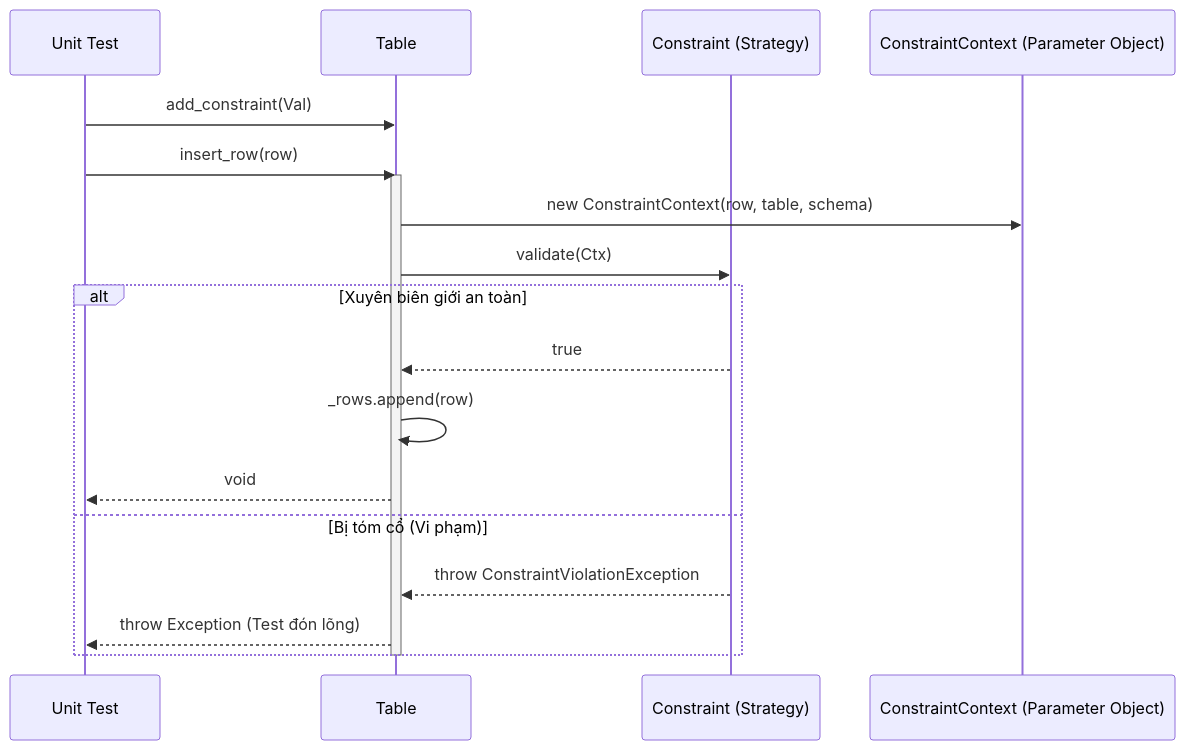
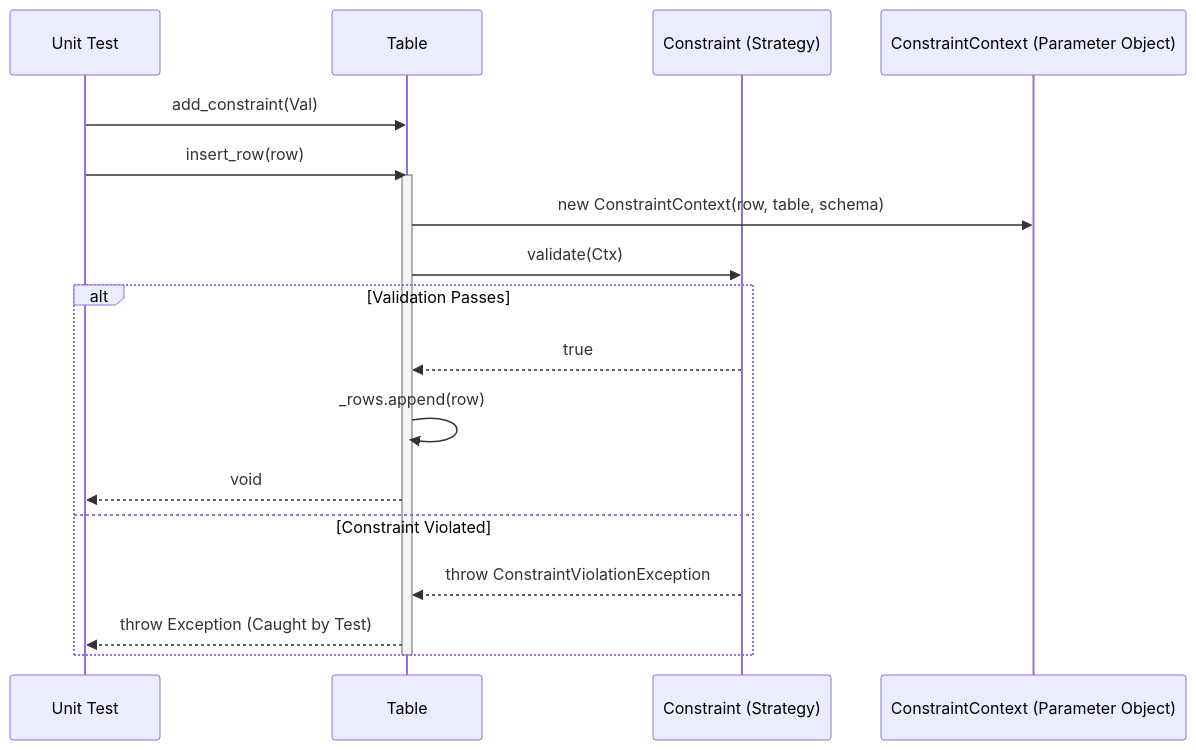
Before and after one commit to Ricky13170/bbv_DBMS: the eighth of 18 diagrams in docs/readme.md, drawn with Mermaid. The commit also changed other lines of this file, not shown here.

````diff
--- a/docs/readme.md
+++ b/docs/readme.md
@@ -204,25 +204,25 @@
 ```mermaid
 sequenceDiagram
     participant Test as Unit Test
     participant Table
     participant Val as Constraint (Strategy)
     participant Ctx as ConstraintContext (Parameter Object)
     
     Test->>Table: add_constraint(Val)
     Test->>Table: insert_row(row)
     activate Table
     
-    %% Tạo giỏ Parameter chứa cả row mồi, table hiện tại và schema tổng
+    %% Create Parameter Object wrapping candidate row, table, and schema
     Table->>Ctx: new ConstraintContext(row, table, schema)
     
     Table->>Val: validate(Ctx)
-    alt Xuyên biên giới an toàn
+    alt Validation Passes
         Val-->>Table: true
         Table->>Table: _rows.append(row)
         Table-->>Test: void
-    else Bị tóm cổ (Vi phạm)
+    else Constraint Violated
         Val-->>Table: throw ConstraintViolationException
-        Table-->>Test: throw Exception (Test đón lõng)
+        Table-->>Test: throw Exception (Caught by Test)
     end
     deactivate Table
 ```
````
